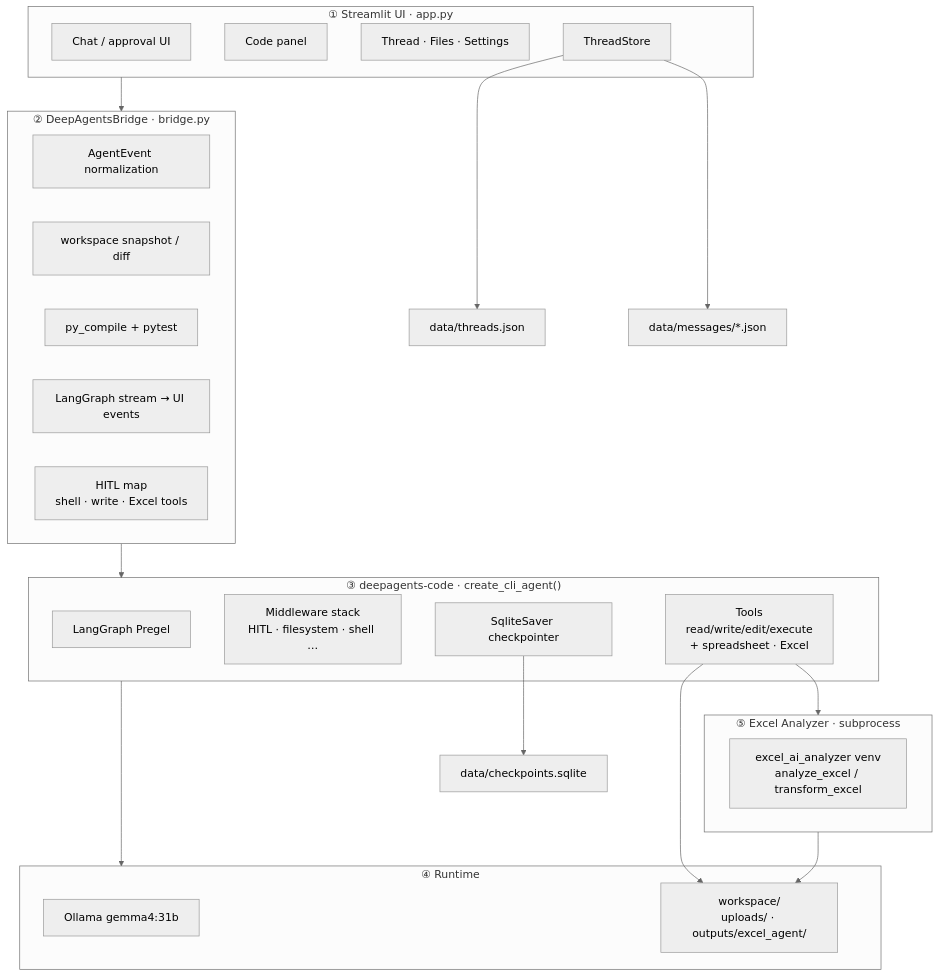
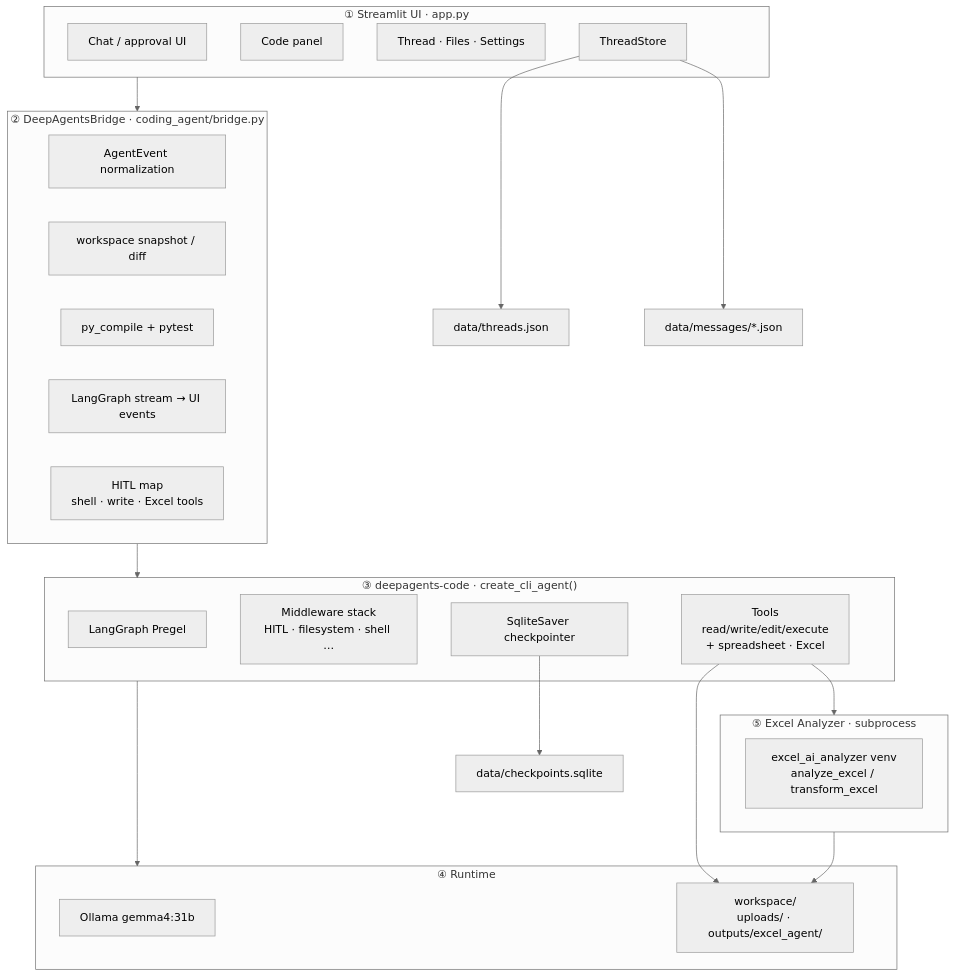
The diagram in README.en.md (eunbijoel/coding_agent), drawn with Mermaid (neutral theme) before and after one commit.

Commit message:
maint: Update Mermaid diagram in README.en.md for path accuracy (#4)

````diff
--- a/README.en.md
+++ b/README.en.md
@@ -11,43 +11,43 @@
 ```mermaid
 flowchart TB
     subgraph UI["① Streamlit UI · app.py"]
         Chat["Chat / approval UI"]
         Editor["Code panel"]
         Sidebar["Thread · Files · Settings"]
         ThreadStore["ThreadStore"]
     end
 
-    subgraph Bridge["② DeepAgentsBridge · bridge.py"]
+    subgraph Bridge["② DeepAgentsBridge · coding_agent/bridge.py"]
         Events["AgentEvent normalization"]
         Snap["workspace snapshot / diff"]
         Verify["py_compile + pytest"]
         Map["LangGraph stream → UI events"]
         HITL["HITL map<br/>shell · write · Excel tools"]
     end
 
     subgraph DCode["③ deepagents-code · create_cli_agent()"]
         Graph["LangGraph Pregel"]
         MW["Middleware stack<br/>HITL · filesystem · shell …"]
         CP["SqliteSaver checkpointer"]
         Tools["Tools<br/>read/write/edit/execute<br/>+ spreadsheet · Excel"]
     end
 
     subgraph Runtime["④ Runtime"]
         Model["Ollama gemma4:31b"]
         WS["workspace/<br/>uploads/ · outputs/excel_agent/"]
     end
 
     subgraph Excel["⑤ Excel Analyzer · subprocess"]
         Venv["excel_ai_analyzer venv<br/>analyze_excel / transform_excel"]
     end
 
     UI --> Bridge
     Bridge --> DCode
     DCode --> Runtime
     Tools --> WS
     Tools --> Excel
     Excel --> WS
     ThreadStore --> ThreadsIdx["data/threads.json"]
     ThreadStore --> MsgData["data/messages/*.json"]
     CP --> Data["data/checkpoints.sqlite"]
 ```
````
